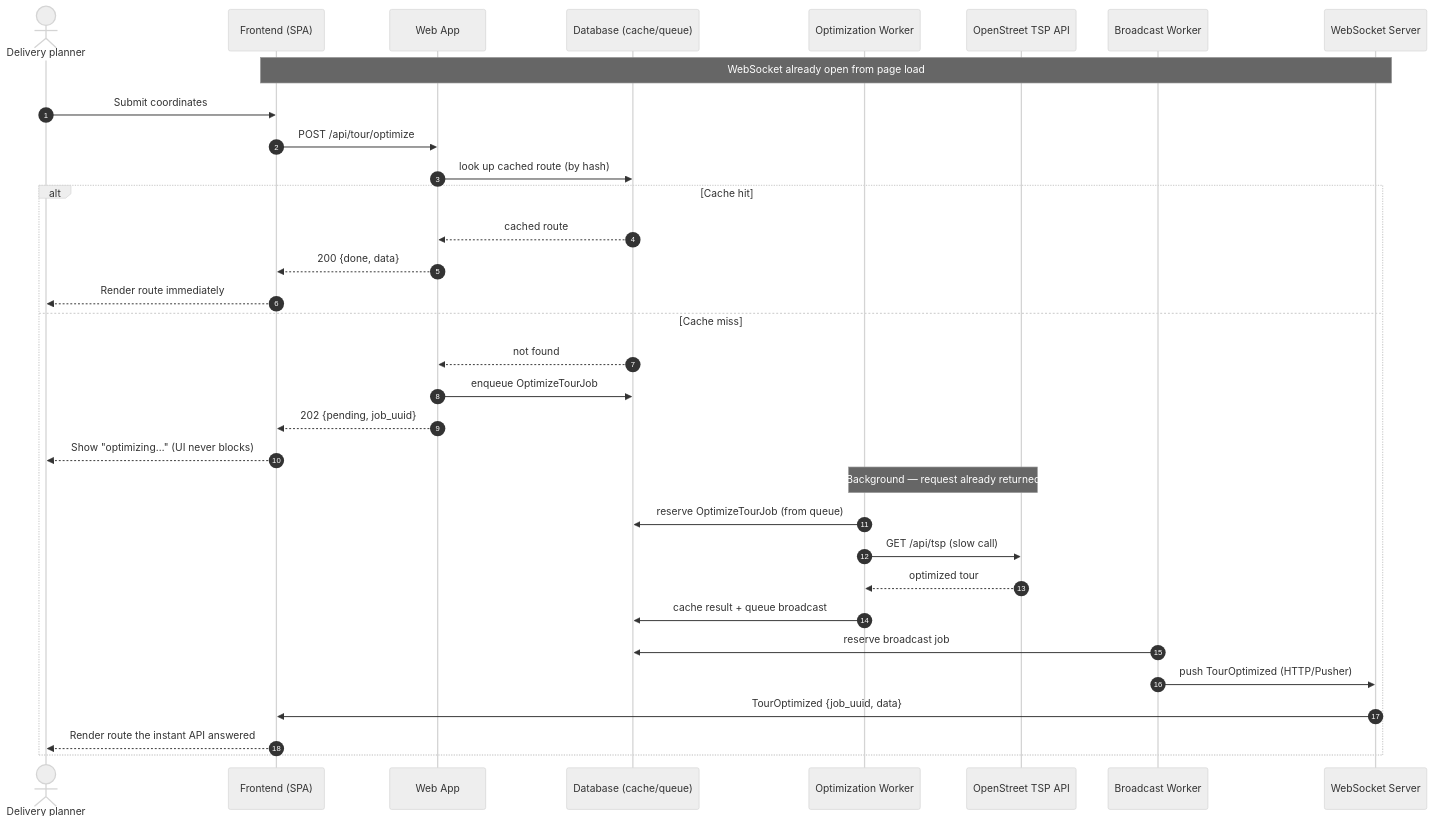
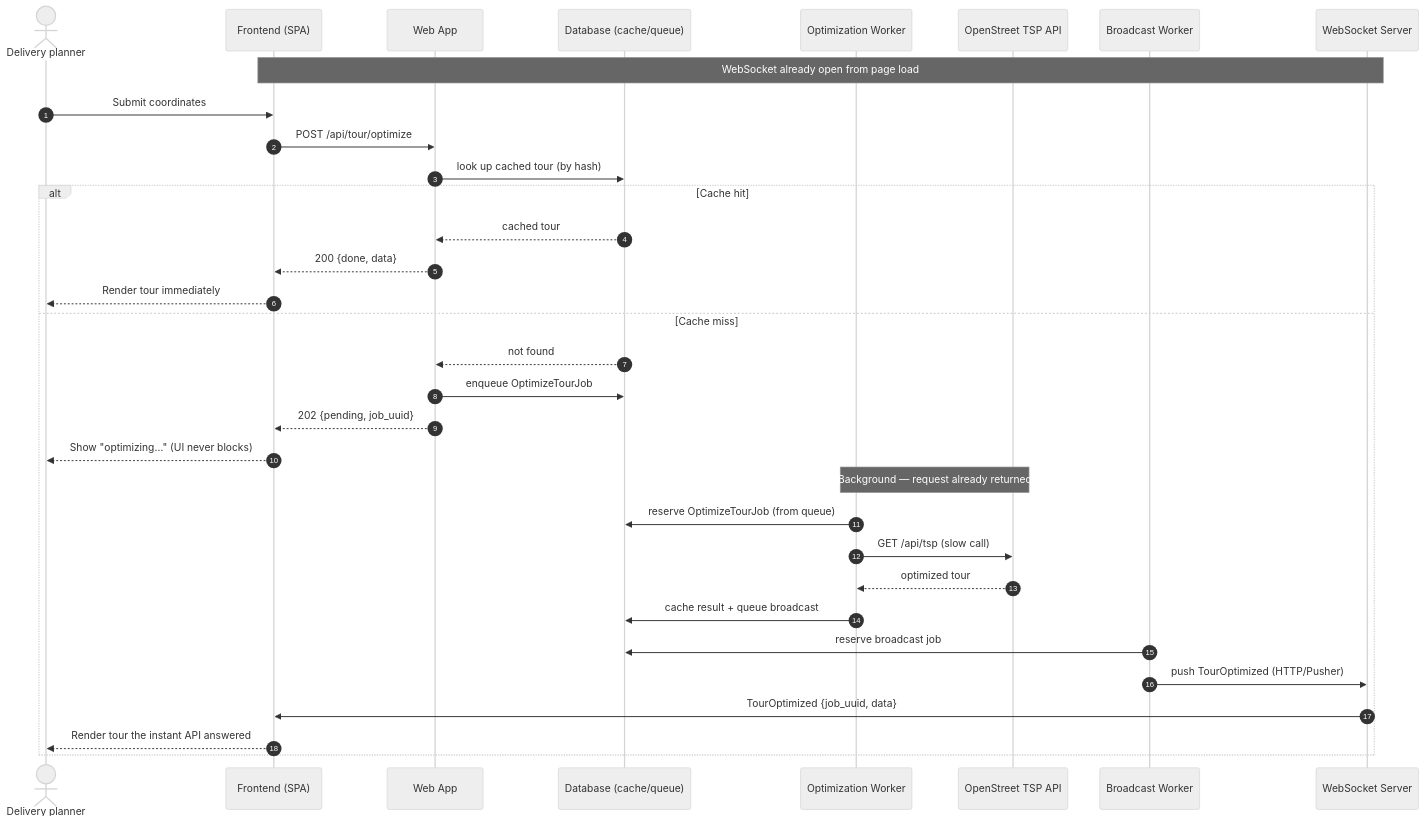
One commit to Bruoche/optistock changed the fourth of 4 diagrams in specs/001-delivery-route-optimization/architecture.md. Above: the diagram before and after it, drawn with Mermaid (neutral theme). The commit also changed other lines of this file and 2 other files, not shown here.

Commit message:
Updating doc with route rename to tour

````diff
--- a/specs/001-delivery-route-optimization/architecture.md
+++ b/specs/001-delivery-route-optimization/architecture.md
@@ -184,39 +184,39 @@
 ```mermaid
 sequenceDiagram
     autonumber
     actor U as Delivery planner
     participant F as Frontend (SPA)
     participant W as Web App
     participant DB as Database (cache/queue)
     participant Q as Optimization Worker
     participant API as OpenStreet TSP API
     participant BW as Broadcast Worker
     participant WS as WebSocket Server
 
     Note over F,WS: WebSocket already open from page load
 
     U->>F: Submit coordinates
     F->>W: POST /api/tour/optimize
-    W->>DB: look up cached route (by hash)
+    W->>DB: look up cached tour (by hash)
 
     alt Cache hit
-        DB-->>W: cached route
+        DB-->>W: cached tour
         W-->>F: 200 {done, data}
-        F-->>U: Render route immediately
+        F-->>U: Render tour immediately
     else Cache miss
         DB-->>W: not found
         W->>DB: enqueue OptimizeTourJob
         W-->>F: 202 {pending, job_uuid}
         F-->>U: Show "optimizing…" (UI never blocks)
 
         Note over Q,API: Background — request already returned
         Q->>DB: reserve OptimizeTourJob (from queue)
         Q->>API: GET /api/tsp (slow call)
         API-->>Q: optimized tour
         Q->>DB: cache result + queue broadcast
         BW->>DB: reserve broadcast job
         BW->>WS: push TourOptimized (HTTP/Pusher)
         WS->>F: TourOptimized {job_uuid, data}
-        F-->>U: Render route the instant API answered
+        F-->>U: Render tour the instant API answered
     end
 ```
````
